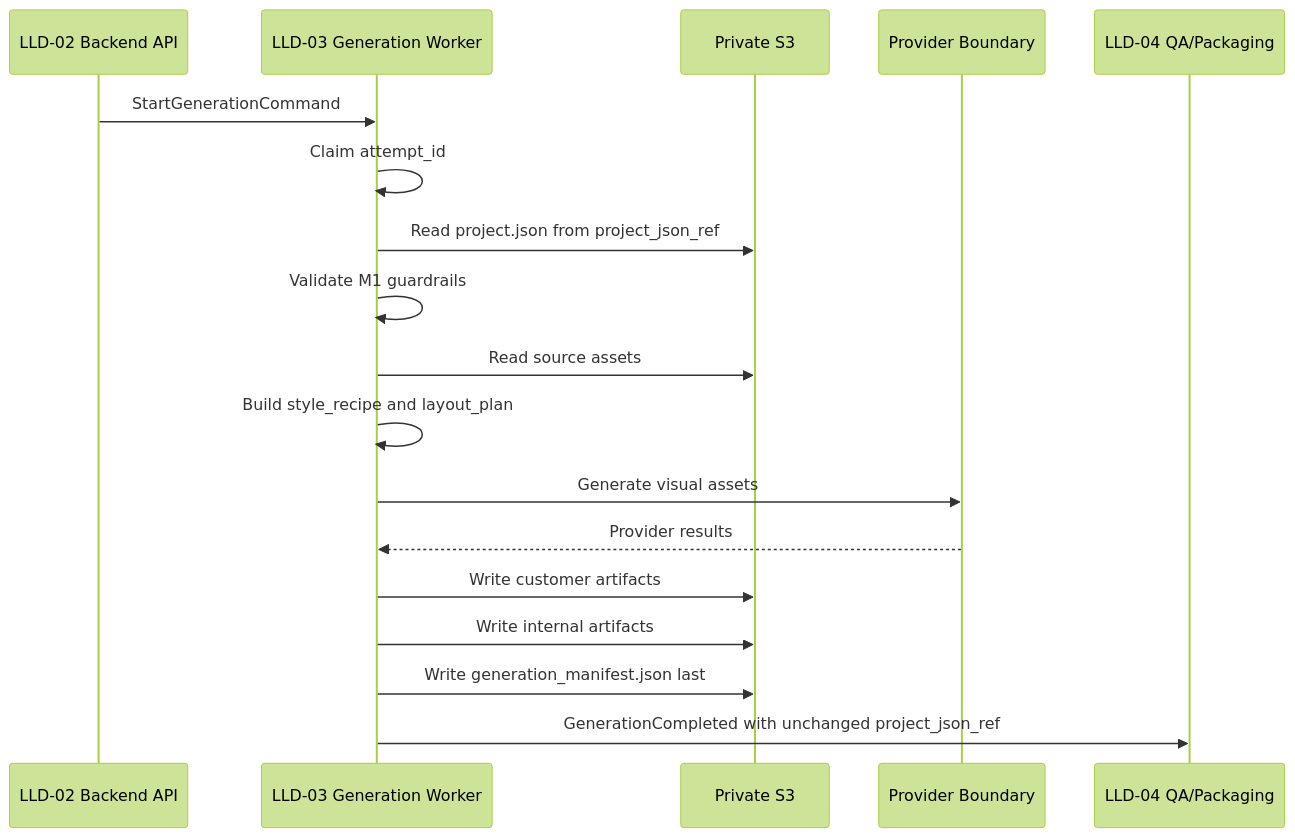
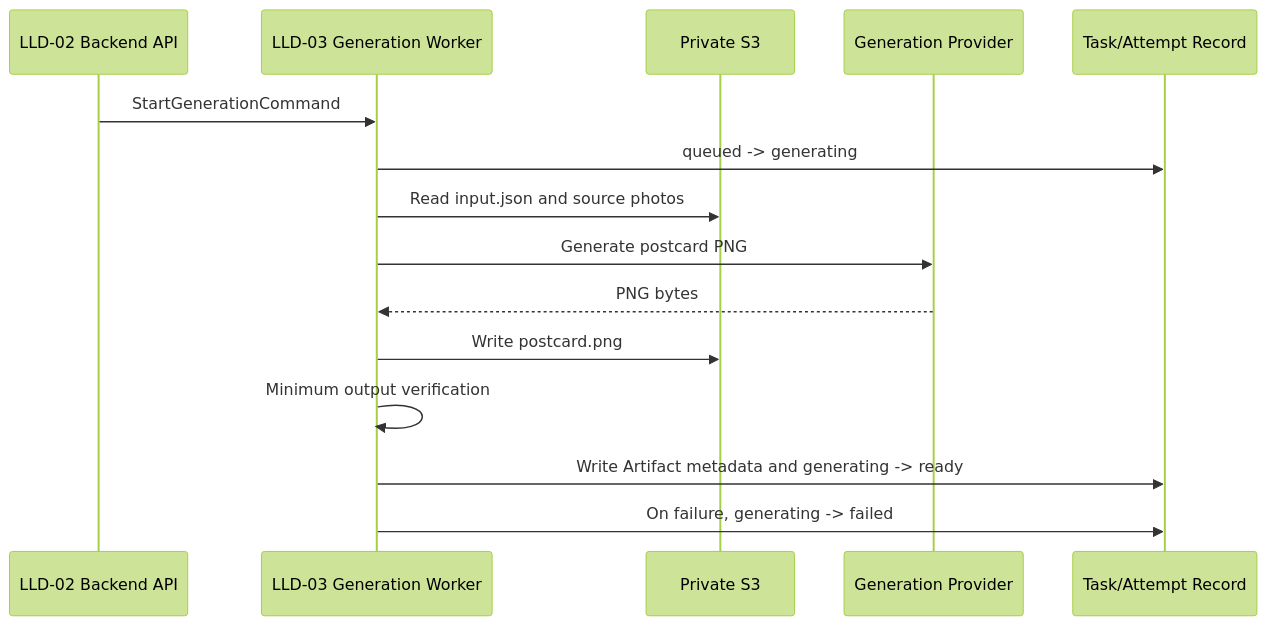
Before and after one commit to tongking6/ai-artist: the diagram in docs/ai-artist/lld/milestone-1-lld-03-generation-worker.md, drawn with Mermaid (forest theme). The commit also changed other lines of this file and 5 other files, not shown here.

````diff
--- a/docs/ai-artist/lld/milestone-1-lld-03-generation-worker.md
+++ b/docs/ai-artist/lld/milestone-1-lld-03-generation-worker.md
@@ -97,21 +94,18 @@
 ```mermaid
 sequenceDiagram
   participant API as LLD-02 Backend API
   participant W as LLD-03 Generation Worker
   participant S3 as Private S3
-  participant P as Provider Boundary
-  participant QA as LLD-04 QA/Packaging
+  participant P as Generation Provider
+  participant DB as Task/Attempt Record
 
   API->>W: StartGenerationCommand
-  W->>W: Claim attempt_id
-  W->>S3: Read project.json from project_json_ref
-  W->>W: Validate M1 guardrails
-  W->>S3: Read source assets
-  W->>W: Build style_recipe and layout_plan
-  W->>P: Generate visual assets
-  P-->>W: Provider results
-  W->>S3: Write customer artifacts
-  W->>S3: Write internal artifacts
-  W->>S3: Write generation_manifest.json last
-  W->>QA: GenerationCompleted with unchanged project_json_ref
+  W->>DB: queued -> generating
+  W->>S3: Read input.json and source photos
+  W->>P: Generate postcard PNG
+  P-->>W: PNG bytes
+  W->>S3: Write postcard.png
+  W->>W: Minimum output verification
+  W->>DB: Write Artifact metadata and generating -> ready
+  W->>DB: On failure, generating -> failed
 ```
````
